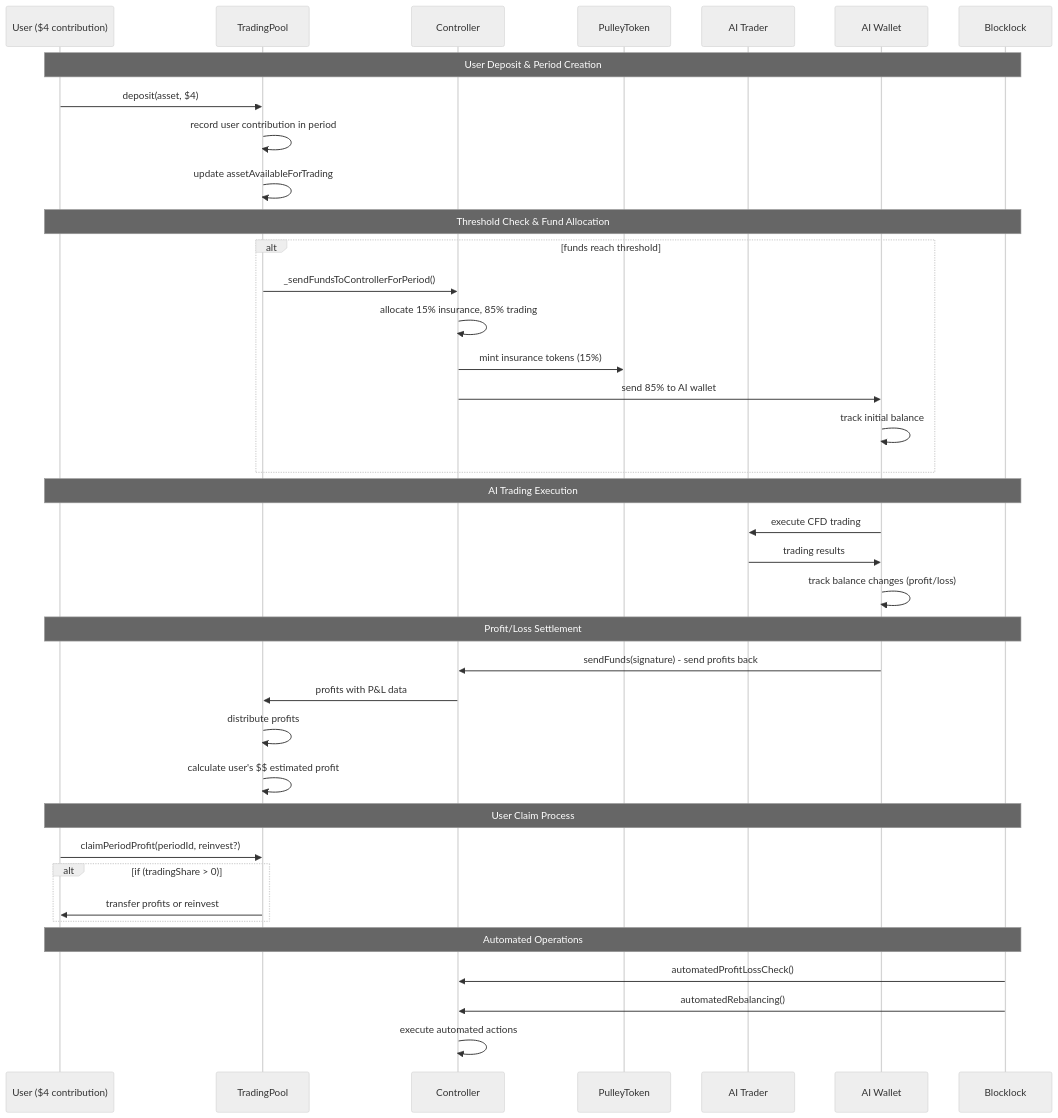
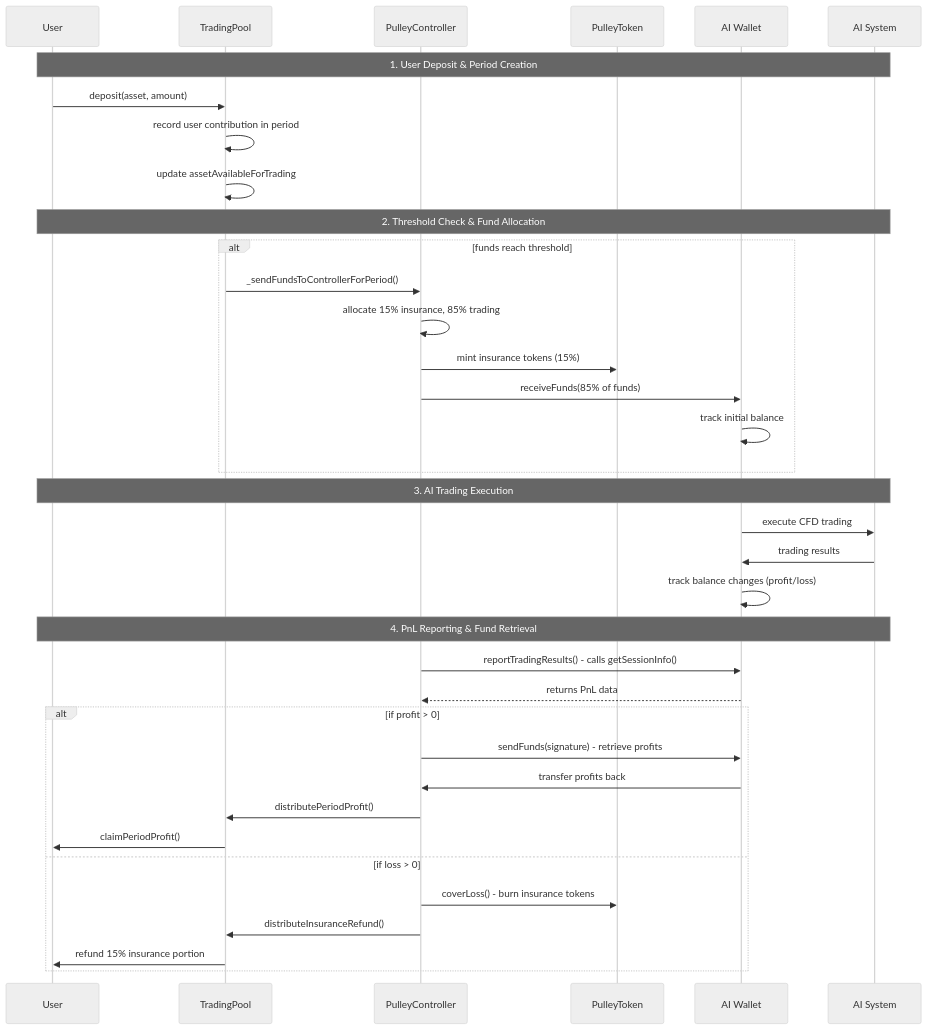
The second of 6 diagrams in README.md (Maa-ly/Pulley_evm), drawn with Mermaid (neutral theme) before and after one commit. The commit also changed other lines of this file, not shown here.

````diff
--- a/README.md
+++ b/README.md
@@ -158,46 +54,42 @@
 ```mermaid
 sequenceDiagram
-    participant U as User ($4 contribution)
+    participant U as User
     participant TP as TradingPool
-    participant PC as Controller
+    participant PC as PulleyController
     participant PT as PulleyToken
-    participant AI as AI Trader
     participant AW as AI Wallet
-    participant BL as Blocklock
+    participant AI as AI System
 
-    Note over U,BL: User Deposit & Period Creation
-    U->>TP: deposit(asset, $4)
+    Note over U,AI: 1. User Deposit & Period Creation
+    U->>TP: deposit(asset, amount)
     TP->>TP: record user contribution in period
     TP->>TP: update assetAvailableForTrading
     
-    Note over U,BL: Threshold Check & Fund Allocation
+    Note over U,AI: 2. Threshold Check & Fund Allocation
     alt funds reach threshold
         TP->>PC: _sendFundsToControllerForPeriod()
         PC->>PC: allocate 15% insurance, 85% trading
         PC->>PT: mint insurance tokens (15%)
-        PC->>AW: send 85% to AI wallet
+        PC->>AW: receiveFunds(85% of funds)
         AW->>AW: track initial balance
     end
     
-    Note over U,BL: AI Trading Execution
+    Note over U,AI: 3. AI Trading Execution
     AW->>AI: execute CFD trading
     AI->>AW: trading results
     AW->>AW: track balance changes (profit/loss)
     
-    Note over U,BL: Profit/Loss Settlement
-    AW->>PC: sendFunds(signature) - send profits back
-    PC->>TP: profits with P&L data
-    TP->>TP: distribute profits
-    TP->>TP: calculate user's $$ estimated profit
-    
-    Note over U,BL: User Claim Process
-    U->>TP: claimPeriodProfit(periodId, reinvest?)
-    alt if (tradingShare > 0)
-        TP->>U: transfer profits or reinvest
+    Note over U,AI: 4. PnL Reporting & Fund Retrieval
+    PC->>AW: reportTradingResults() - calls getSessionInfo()
+    AW-->>PC: returns PnL data
+    alt if profit > 0
+        PC->>AW: sendFunds(signature) - retrieve profits
+        AW->>PC: transfer profits back
+        PC->>TP: distributePeriodProfit()
+        TP->>U: claimPeriodProfit()
+    else if loss > 0
+        PC->>PT: coverLoss() - burn insurance tokens
+        PC->>TP: distributeInsuranceRefund()
+        TP->>U: refund 15% insurance portion
     end
-    
-    Note over U,BL: Automated Operations
-    BL->>PC: automatedProfitLossCheck()
-    BL->>PC: automatedRebalancing()
-    PC->>PC: execute automated actions
 ```
````
